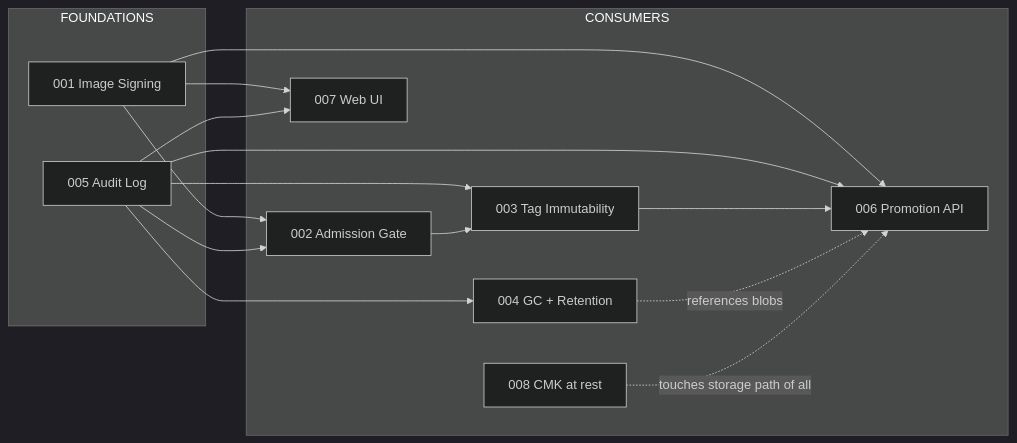
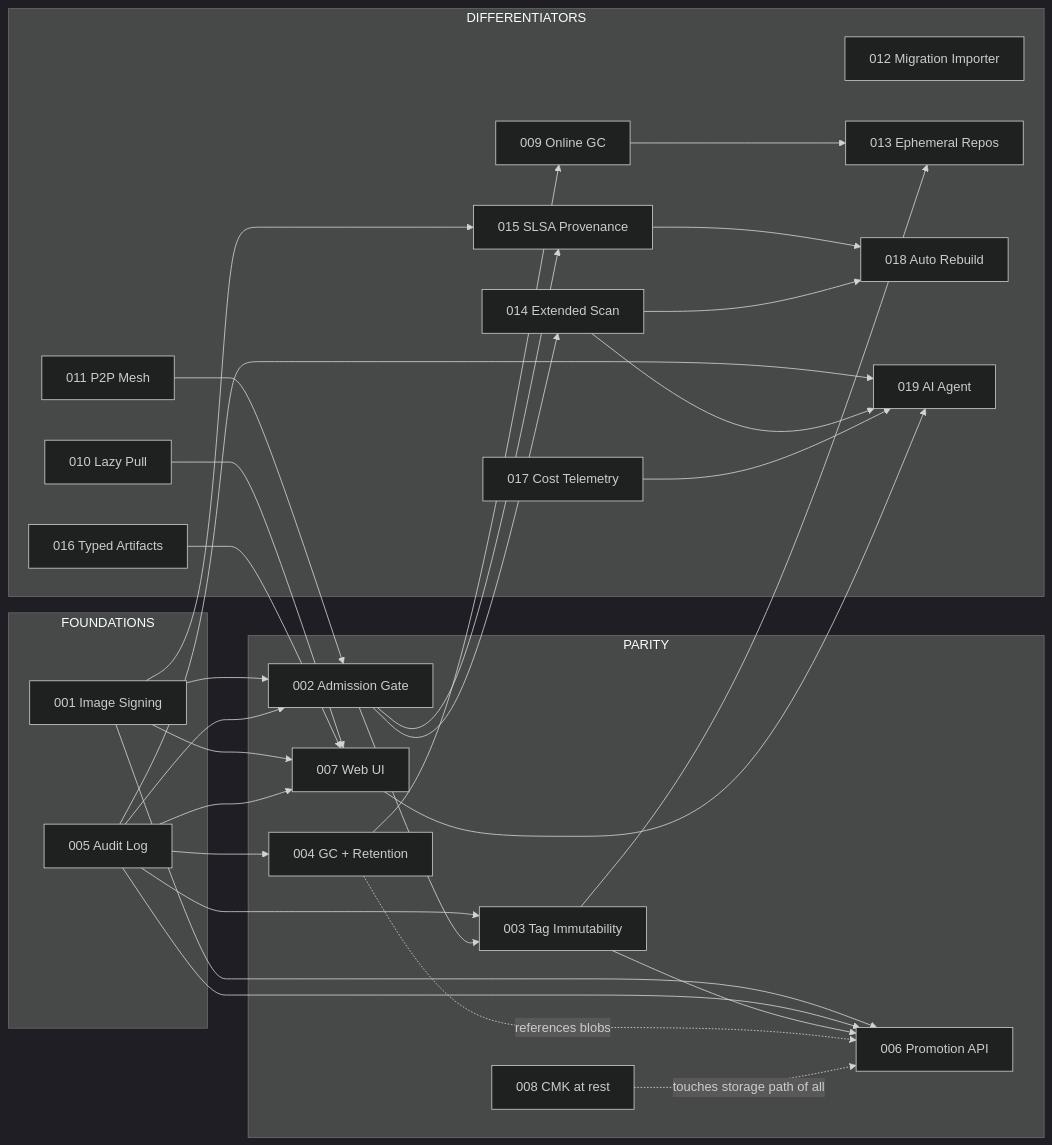
One commit to bwalia/nebulacr changed the diagram in docs/design/README.md. Above: the diagram before and after it, drawn with Mermaid (dark theme). The commit also changed other lines of this file and 109 other files, not shown here.

````diff
--- a/docs/design/README.md
+++ b/docs/design/README.md
@@ -30,28 +55,56 @@
 ```mermaid
 graph LR
   subgraph FOUNDATIONS
     A005[005 Audit Log]
     A001[001 Image Signing]
   end
-  subgraph CONSUMERS
+  subgraph PARITY
     A002[002 Admission Gate]
     A003[003 Tag Immutability]
     A004[004 GC + Retention]
     A006[006 Promotion API]
     A007[007 Web UI]
     A008[008 CMK at rest]
   end
+  subgraph DIFFERENTIATORS
+    A009[009 Online GC]
+    A010[010 Lazy Pull]
+    A011[011 P2P Mesh]
+    A012[012 Migration Importer]
+    A013[013 Ephemeral Repos]
+    A014[014 Extended Scan]
+    A015[015 SLSA Provenance]
+    A016[016 Typed Artifacts]
+    A017[017 Cost Telemetry]
+    A018[018 Auto Rebuild]
+    A019[019 AI Agent]
+  end
 
   A001 --> A002
   A001 --> A006
   A001 --> A007
+  A001 --> A015
   A005 --> A002
   A005 --> A003
   A005 --> A004
   A005 --> A006
   A005 --> A007
+  A005 --> A019
   A003 --> A006
+  A003 --> A013
   A002 --> A003
+  A002 --> A015
+  A002 --> A014
+  A004 --> A009
+  A009 --> A013
   A004 -.references blobs.-> A006
   A008 -.touches storage path of all.-> A006
+  A007 --> A019
+  A014 --> A019
+  A017 --> A019
+  A011 --> A002
+  A010 --> A007
+  A015 --> A018
+  A014 --> A018
+  A016 --> A007
 ```
````
